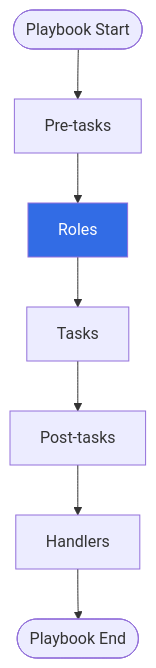
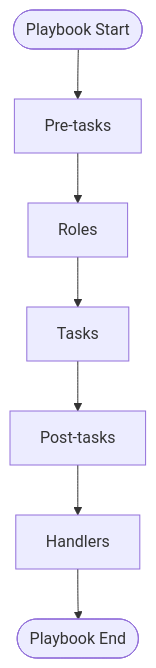
One commit to juwon8891/juwon8891.github.io changed the sixth of 7 diagrams in docs/k8s-deploy/week2-ansible-basics.md. Above: the diagram before and after it, drawn with Mermaid. The commit also changed other lines of this file and 18 other files, not shown here.

Commit message:
Remove bright colors from Mermaid diagrams for dark mode compatibility

````diff
--- a/docs/k8s-deploy/week2-ansible-basics.md
+++ b/docs/k8s-deploy/week2-ansible-basics.md
@@ -861,11 +850,10 @@
 ```mermaid
 graph TB
     Start([Playbook Start]) --> PreTasks[Pre-tasks]
     PreTasks --> Roles[Roles]
     Roles --> Tasks[Tasks]
     Tasks --> PostTasks[Post-tasks]
     PostTasks --> Handlers[Handlers]
     Handlers --> End([Playbook End])
 
-    style Roles fill:#326CE5,color:#fff
 ```
````
